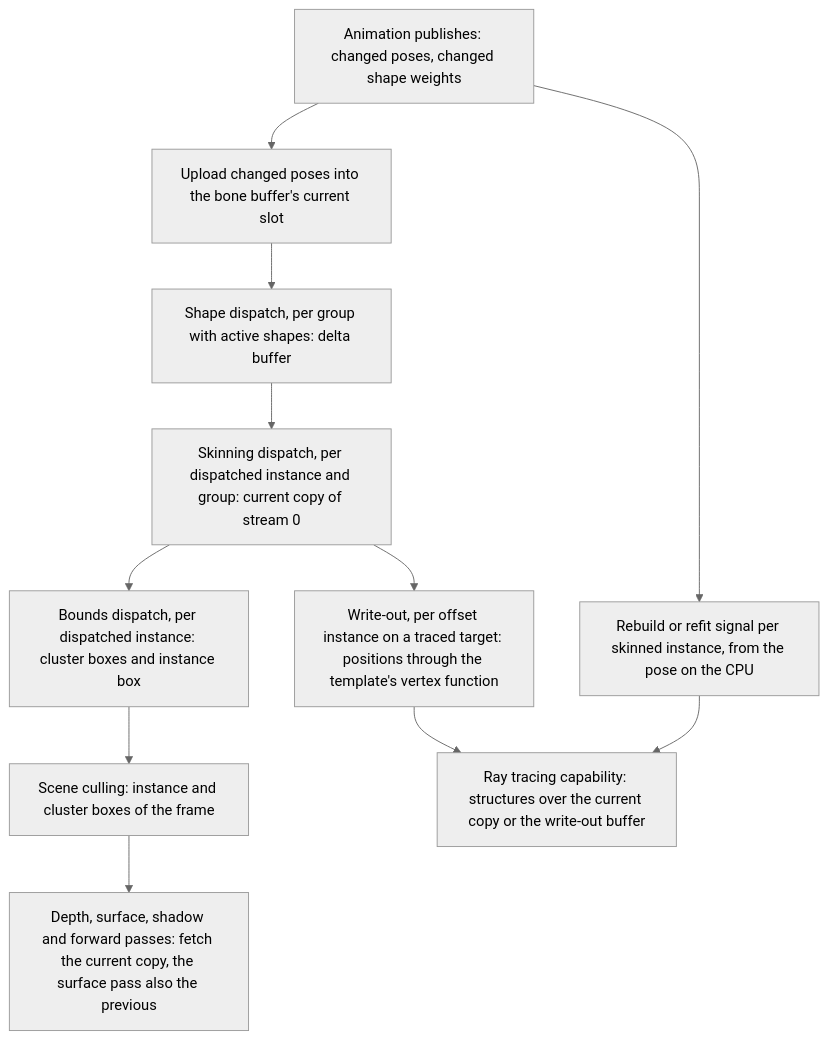
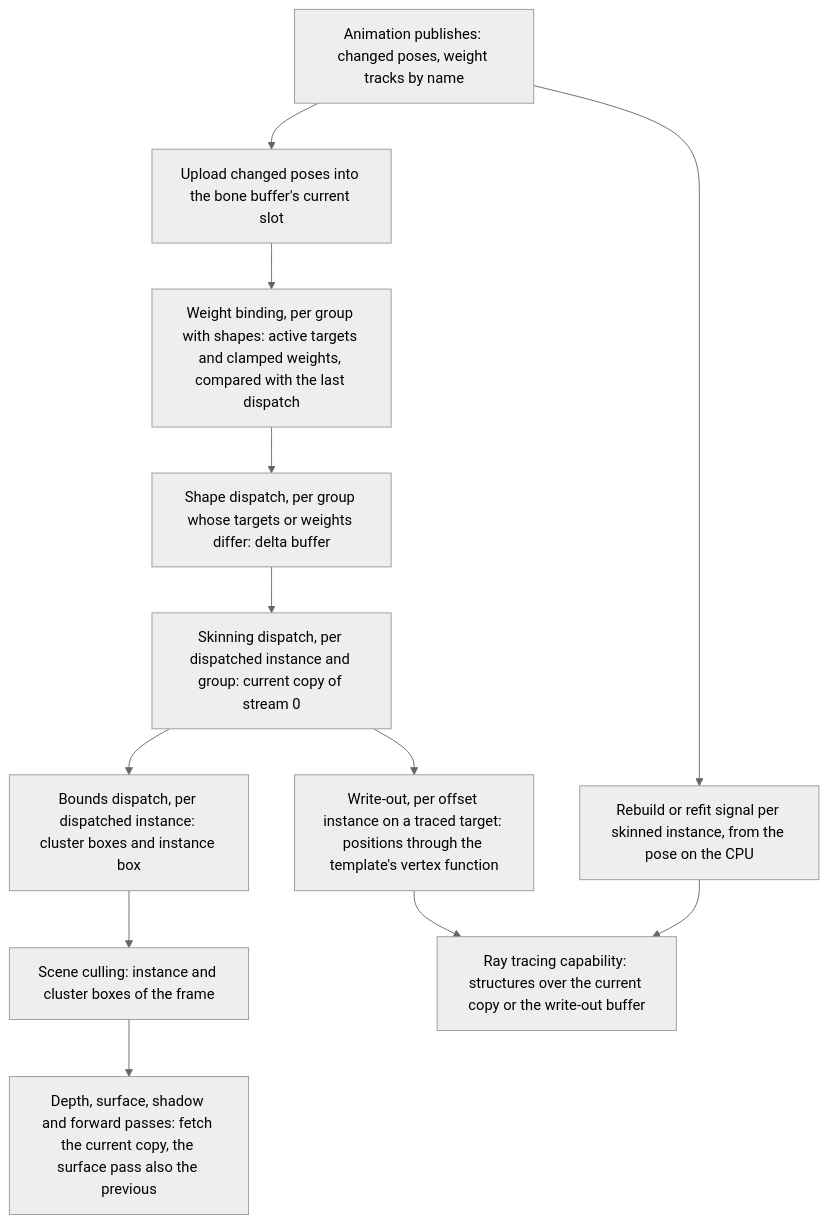
Before and after one commit to plainsight-systems/bullet-witch: the second of 3 diagrams in docs/architecture/geometry.md, drawn with Mermaid (neutral theme). The commit also changed other lines of this file and 2 other files, not shown here.

First line of the commit message:
Bind shape weights in the geometry feed: animation publishes weight tracks by name and the feed owns the active rule, the clamp and the comparison

````diff
--- a/docs/architecture/geometry.md
+++ b/docs/architecture/geometry.md
@@ -135,13 +146,14 @@
 ```mermaid
 flowchart TD
-    PB["Animation publishes: changed poses, changed shape weights"] --> UP["Upload changed poses into the bone buffer's current slot"]
-    UP --> MR["Shape dispatch, per group with active shapes: delta buffer"]
+    PB["Animation publishes: changed poses, weight tracks by name"] --> UP["Upload changed poses into the bone buffer's current slot"]
+    UP --> WB["Weight binding, per group with shapes: active targets and clamped weights, compared with the last dispatch"]
+    WB --> MR["Shape dispatch, per group whose targets or weights differ: delta buffer"]
     MR --> SK["Skinning dispatch, per dispatched instance and group: current copy of stream 0"]
     SK --> BX["Bounds dispatch, per dispatched instance: cluster boxes and instance box"]
     BX --> CU["Scene culling: instance and cluster boxes of the frame"]
     SK --> WO["Write-out, per offset instance on a traced target: positions through the template's vertex function"]
     PB --> RS["Rebuild or refit signal per skinned instance, from the pose on the CPU"]
     WO --> AS["Ray tracing capability: structures over the current copy or the write-out buffer"]
     RS --> AS
     CU --> PS["Depth, surface, shadow and forward passes: fetch the current copy, the surface pass also the previous"]
 ```
````
